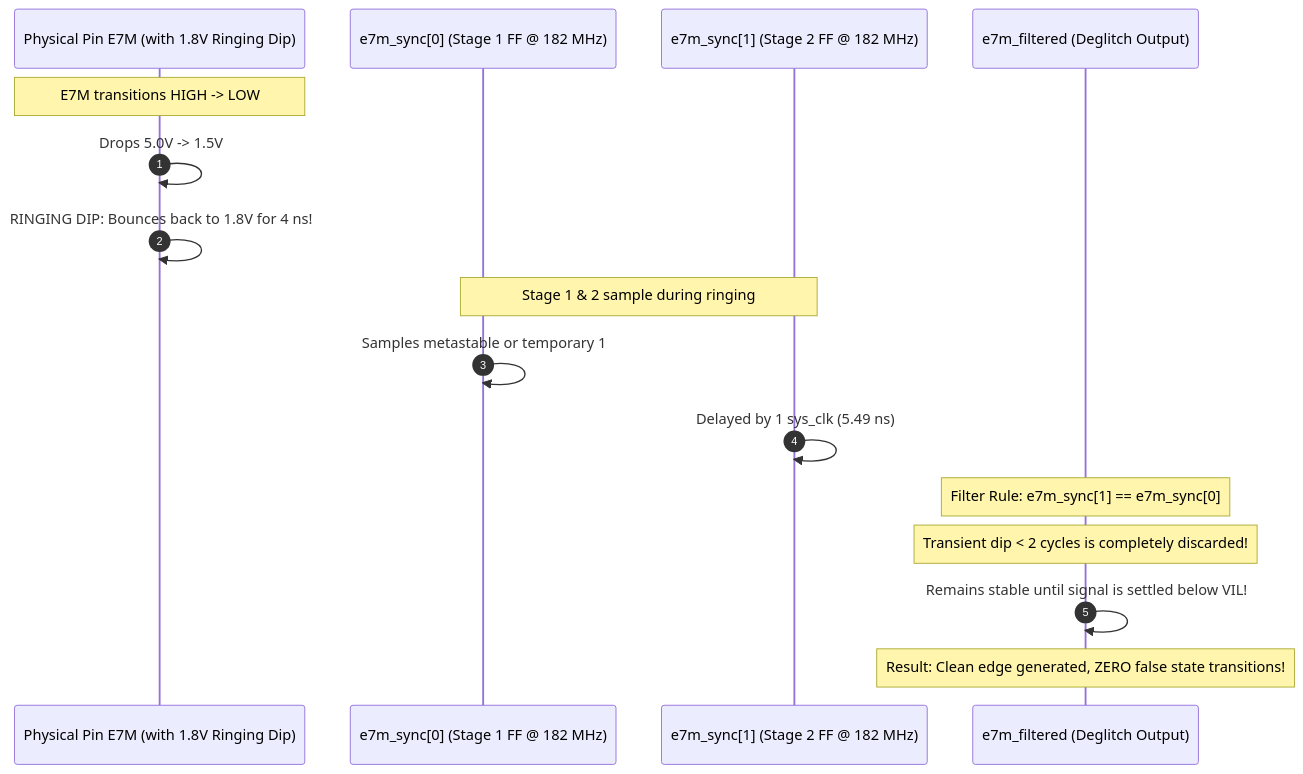
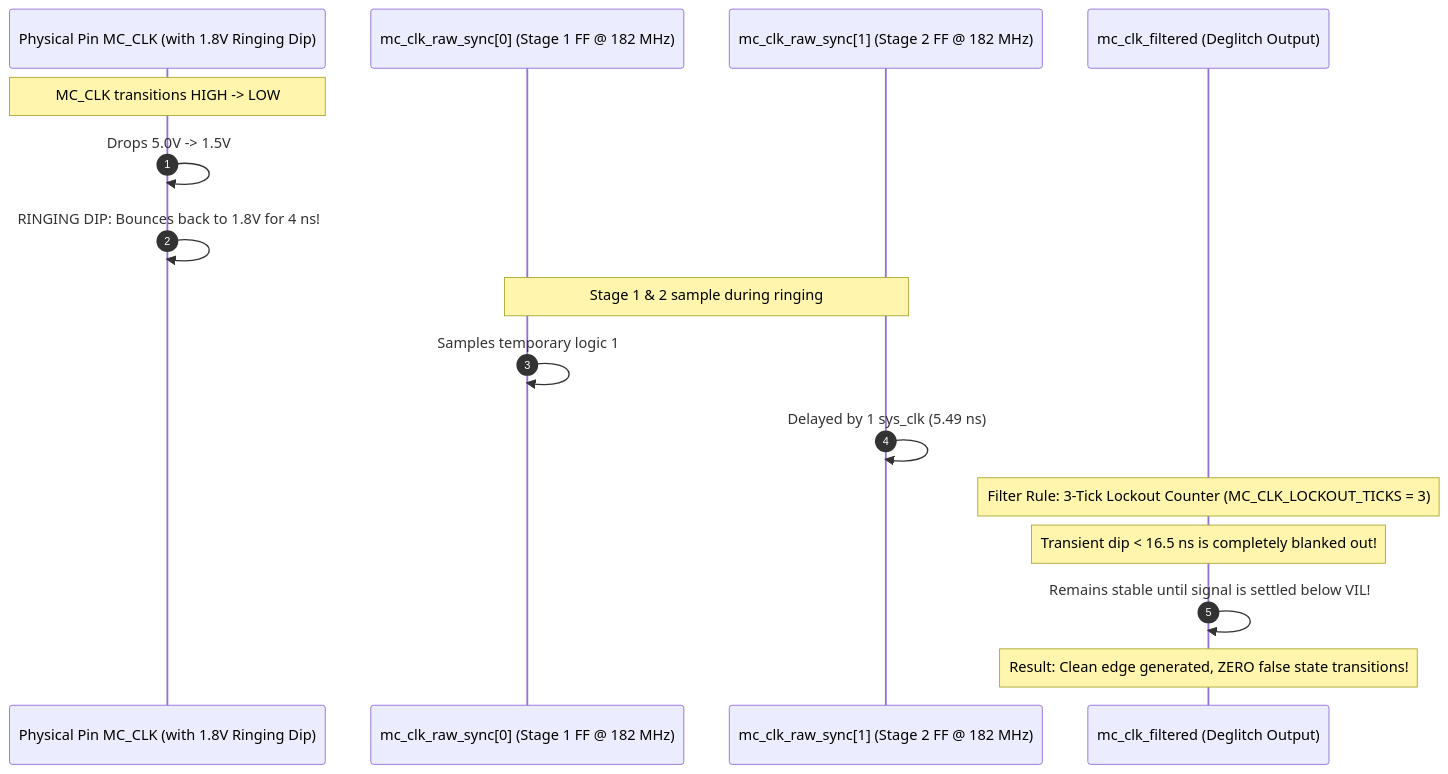
One commit to PiStorm/pistorm32-lite-gateware changed the fourth of 4 diagrams in DOCS/VERIFICATION_GUIDE.md. Above: the diagram before and after it, drawn with Mermaid. The commit also changed other lines of this file and 5 other files, not shown here.

First line of the commit message:
docs: standardize strictly to English and correct clock naming to MC_CLK (CPUCLK 14.18 MHz)

````diff
--- a/DOCS/VERIFICATION_GUIDE.md
+++ b/DOCS/VERIFICATION_GUIDE.md
@@ -236,21 +236,21 @@
 ```mermaid
 sequenceDiagram
     autonumber
-    participant Pin as Physical Pin E7M (with 1.8V Ringing Dip)
-    participant S0 as e7m_sync[0] (Stage 1 FF @ 182 MHz)
-    participant S1 as e7m_sync[1] (Stage 2 FF @ 182 MHz)
-    participant Out as e7m_filtered (Deglitch Output)
+    participant Pin as Physical Pin MC_CLK (with 1.8V Ringing Dip)
+    participant S0 as mc_clk_raw_sync[0] (Stage 1 FF @ 182 MHz)
+    participant S1 as mc_clk_raw_sync[1] (Stage 2 FF @ 182 MHz)
+    participant Out as mc_clk_filtered (Deglitch Output)
 
-    Note over Pin: E7M transitions HIGH -> LOW
+    Note over Pin: MC_CLK transitions HIGH -> LOW
     Pin->>Pin: Drops 5.0V -> 1.5V
     Pin->>Pin: RINGING DIP: Bounces back to 1.8V for 4 ns!
     
     Note over S0,S1: Stage 1 & 2 sample during ringing
-    S0->>S0: Samples metastable or temporary 1
+    S0->>S0: Samples temporary logic 1
     S1->>S1: Delayed by 1 sys_clk (5.49 ns)
     
-    Note over Out: Filter Rule: e7m_sync[1] == e7m_sync[0]
-    Note over Out: Transient dip < 2 cycles is completely discarded!
+    Note over Out: Filter Rule: 3-Tick Lockout Counter (MC_CLK_LOCKOUT_TICKS = 3)
+    Note over Out: Transient dip < 16.5 ns is completely blanked out!
     Out->>Out: Remains stable until signal is settled below VIL!
     Note over Out: Result: Clean edge generated, ZERO false state transitions!
 ```
````
